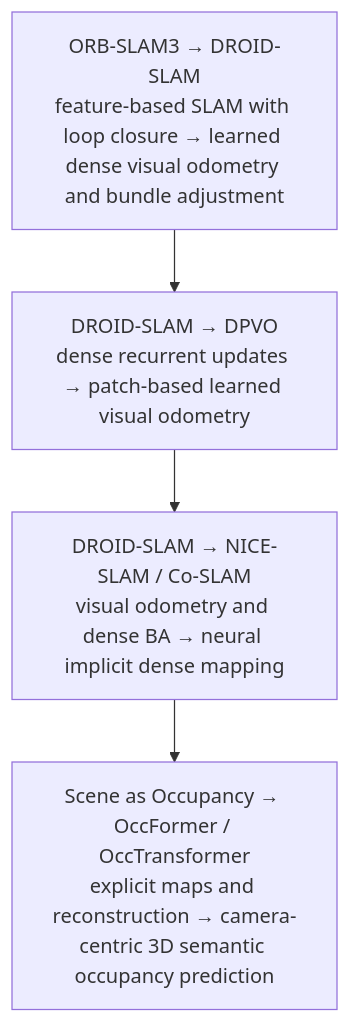
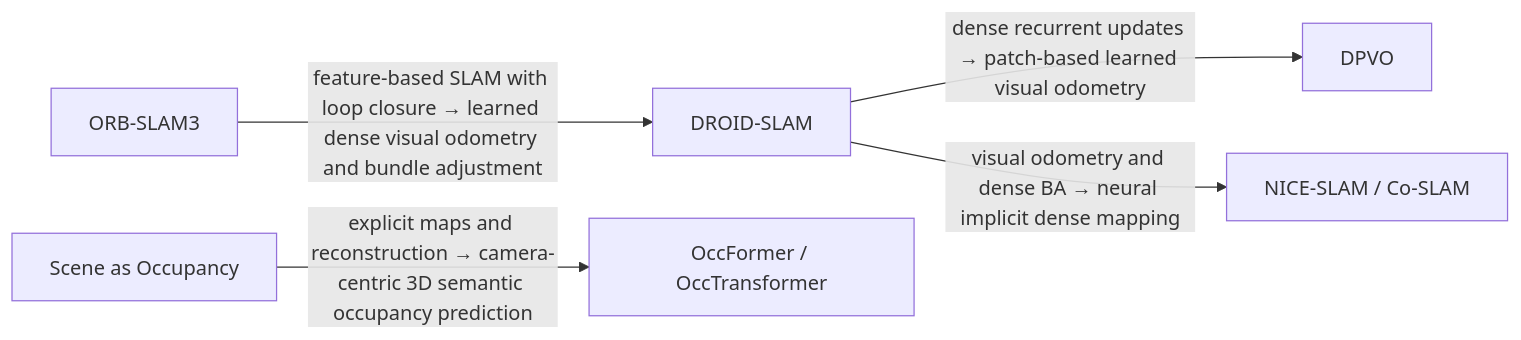
Before and after one commit to SechanOh/awesome-multimodal-perception: the eighth of 15 diagrams in README.md, drawn with Mermaid. The commit also changed other lines of this file, not shown here.

Commit message:
Refine field evolution diagrams

````diff
--- a/README.md
+++ b/README.md
@@ -318,8 +359,13 @@
 ```mermaid
-flowchart TD
-    step1["ORB-SLAM3 → DROID-SLAM<br/>feature-based SLAM with loop closure → learned dense visual odometry and bundle adjustment"]
-    step2["DROID-SLAM → DPVO<br/>dense recurrent updates → patch-based learned visual odometry"]
-    step3["DROID-SLAM → NICE-SLAM / Co-SLAM<br/>visual odometry and dense BA → neural implicit dense mapping"]
-    step4["Scene as Occupancy → OccFormer / OccTransformer<br/>explicit maps and reconstruction → camera-centric 3D semantic occupancy prediction"]
-    step1 --> step2 --> step3 --> step4
+flowchart LR
+    s7n1["ORB-SLAM3"]
+    s7n2["DROID-SLAM"]
+    s7n3["DPVO"]
+    s7n4["NICE-SLAM / Co-SLAM"]
+    s7n5["Scene as Occupancy"]
+    s7n6["OccFormer / OccTransformer"]
+    s7n1 -->|"feature-based SLAM with loop closure → learned dense visual odometry and bundle adjustment"| s7n2
+    s7n2 -->|"dense recurrent updates → patch-based learned visual odometry"| s7n3
+    s7n2 -->|"visual odometry and dense BA → neural implicit dense mapping"| s7n4
+    s7n5 -->|"explicit maps and reconstruction → camera-centric 3D semantic occupancy prediction"| s7n6
 ```
````
